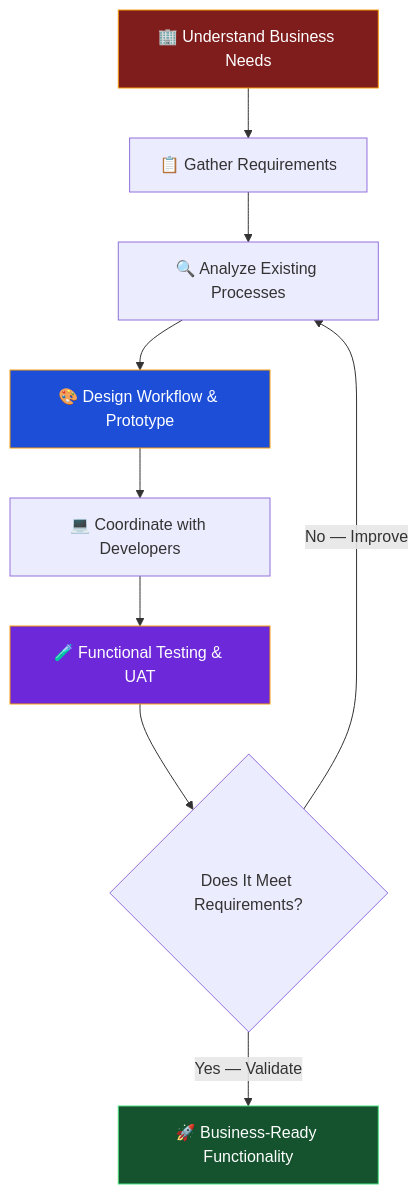
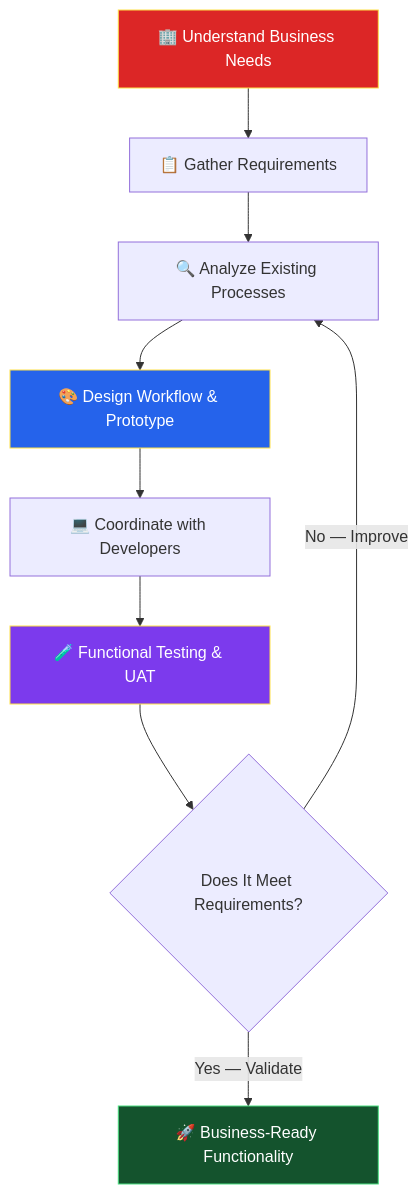
One commit to Senthamil07/Senthamil07 changed the diagram in README.md. Above: the diagram before and after it, drawn with Mermaid. The commit also changed other lines of this file, not shown here.

````diff
--- a/README.md
+++ b/README.md
@@ -181,16 +148,16 @@
 ```mermaid
 flowchart TD
     A["🏢 Understand Business Needs"] --> B["📋 Gather Requirements"]
     B --> C["🔍 Analyze Existing Processes"]
     C --> D["🎨 Design Workflow & Prototype"]
     D --> E["💻 Coordinate with Developers"]
     E --> F["🧪 Functional Testing & UAT"]
     F --> G{"Does It Meet Requirements?"}
     G -- "No — Improve" --> C
     G -- "Yes — Validate" --> H["🚀 Business-Ready Functionality"]
 
-    style A fill:#7f1d1d,color:#ffffff,stroke:#f59e0b
-    style D fill:#1d4ed8,color:#ffffff,stroke:#f59e0b
-    style F fill:#6d28d9,color:#ffffff,stroke:#f59e0b
+    style A fill:#dc2626,color:#ffffff,stroke:#fde047
+    style D fill:#2563eb,color:#ffffff,stroke:#fde047
+    style F fill:#7c3aed,color:#ffffff,stroke:#fde047
     style H fill:#14532d,color:#ffffff,stroke:#4ade80
 ```
````
